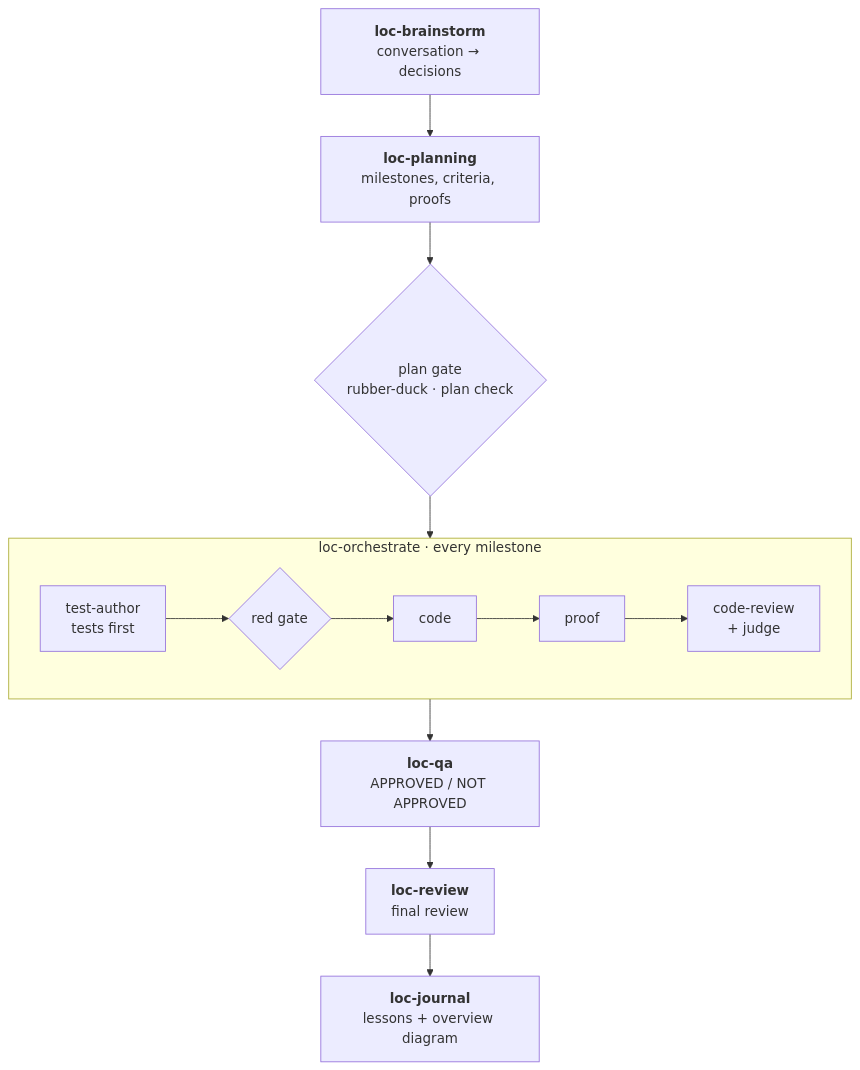
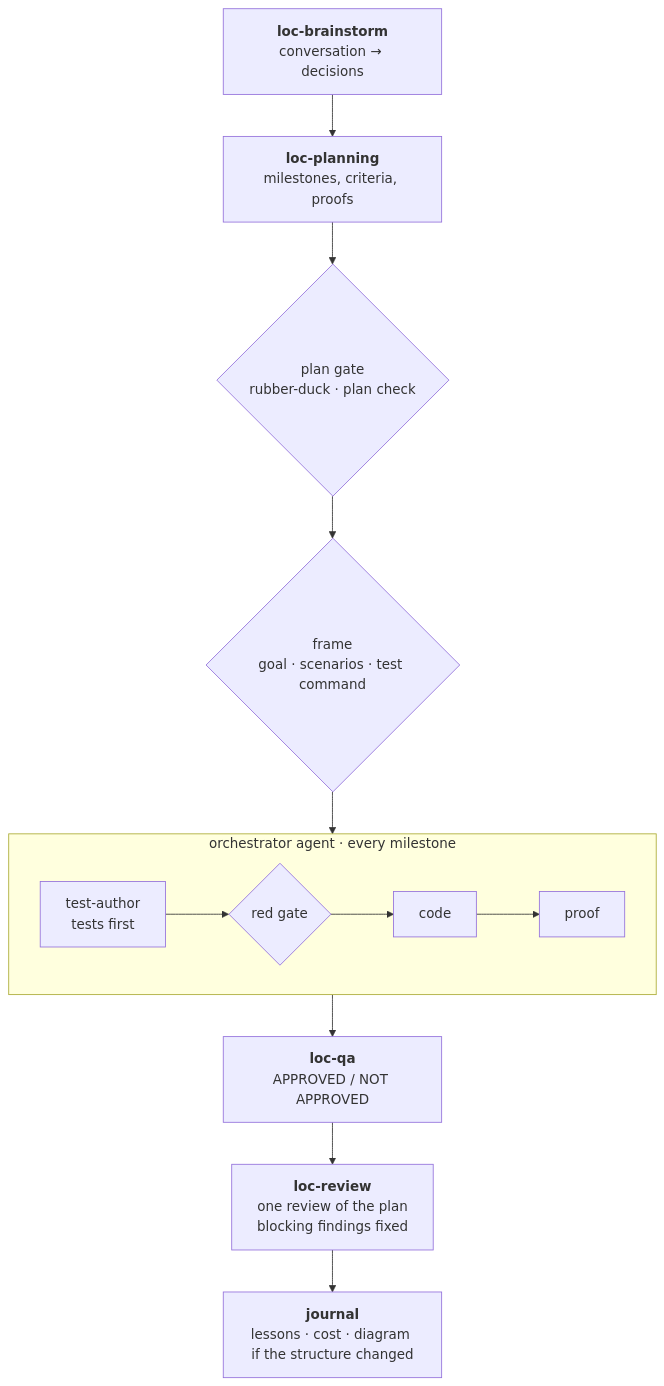
The diagram in README.md (etobod/masterskills), drawn with Mermaid before and after one commit. The commit also changed other lines of this file and 26 other files, not shown here.

First line of the commit message:
feat(orchestrate): run a plan in the orchestrator agent (2.30.0)

````diff
--- a/README.md
+++ b/README.md
@@ -72,14 +72,15 @@
 ```mermaid
 flowchart TD
     A["<b>loc-brainstorm</b><br/>conversation → decisions"] --> B["<b>loc-planning</b><br/>milestones, criteria, proofs"]
     B --> G{"plan gate<br/>rubber-duck · plan check"}
-    G --> M
-    subgraph M["loc-orchestrate · every milestone"]
+    G --> F{"frame<br/>goal · scenarios · test command"}
+    F --> M
+    subgraph M["orchestrator agent · every milestone"]
         direction LR
         T["test-author<br/>tests first"] --> R{"red gate"}
-        R --> C["code"] --> P["proof"] --> CR["code-review<br/>+ judge"]
+        R --> C["code"] --> P["proof"]
     end
     M --> Q["<b>loc-qa</b><br/>APPROVED / NOT APPROVED"]
-    Q --> RV["<b>loc-review</b><br/>final review"]
-    RV --> J["<b>loc-journal</b><br/>lessons + overview diagram"]
+    Q --> RV["<b>loc-review</b><br/>one review of the plan<br/>blocking findings fixed"]
+    RV --> J["<b>journal</b><br/>lessons · cost · diagram if the structure changed"]
 ```
````
